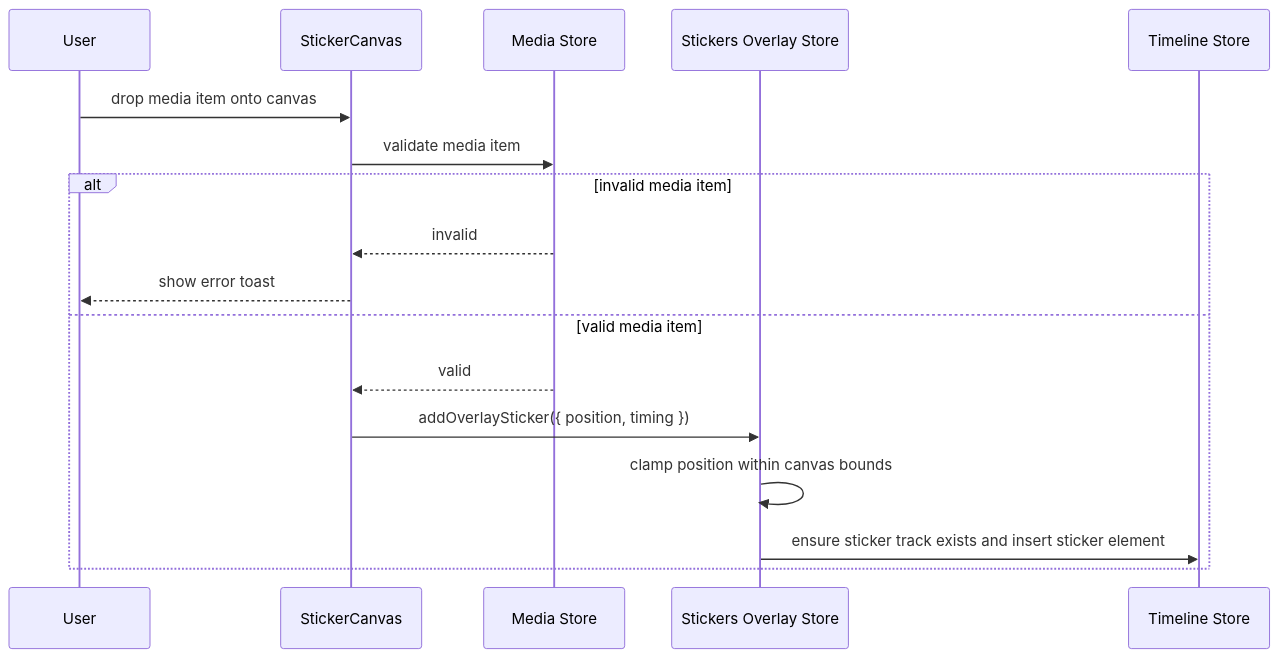
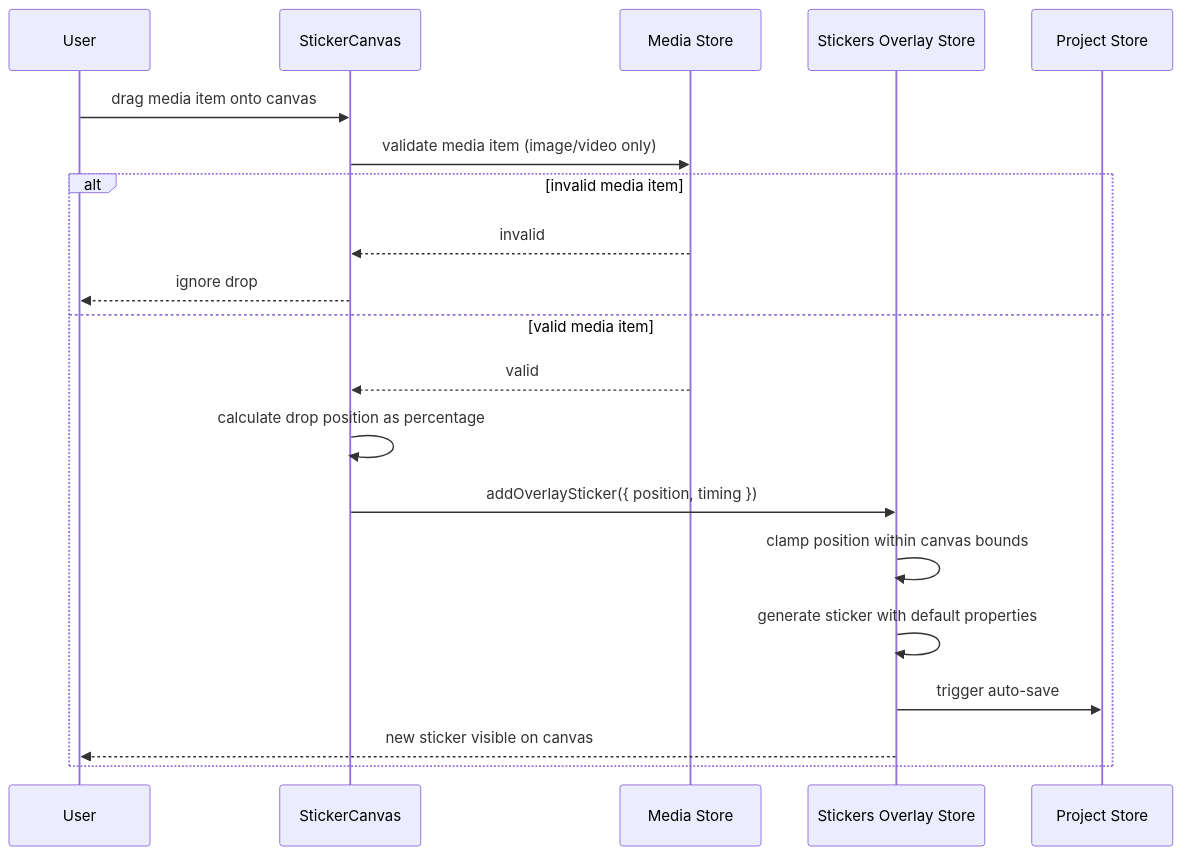
Before and after one commit to donghaozhang/qcut: the second of 5 diagrams in qcut/docs/task/overview_sticker.md, drawn with Mermaid. The commit also changed other lines of this file and 2 other files, not shown here.

Commit message:
LEGENDARY STICKER MASTERY - perfect stickers collection refinement, ultimate drag hook optimization, and comprehensive overview documentation

````diff
--- a/qcut/docs/task/overview_sticker.md
+++ b/qcut/docs/task/overview_sticker.md
@@ -18,20 +66,23 @@
 ```mermaid
 sequenceDiagram
   participant U as User
   participant SC as StickerCanvas
   participant MS as Media Store
   participant SO as Stickers Overlay Store
-  participant TL as Timeline Store
+  participant PS as Project Store
 
-  U->>SC: drop media item onto canvas
-  SC->>MS: validate media item
+  U->>SC: drag media item onto canvas
+  SC->>MS: validate media item (image/video only)
   alt invalid media item
     MS-->>SC: invalid
-    SC-->>U: show error toast
+    SC-->>U: ignore drop
   else valid media item
     MS-->>SC: valid
+    SC->>SC: calculate drop position as percentage
     SC->>SO: addOverlaySticker({ position, timing })
     SO->>SO: clamp position within canvas bounds
-    SO->>TL: ensure sticker track exists and insert sticker element
+    SO->>SO: generate sticker with default properties
+    SO->>PS: trigger auto-save
+    SO-->>U: new sticker visible on canvas
   end
 ```
````
